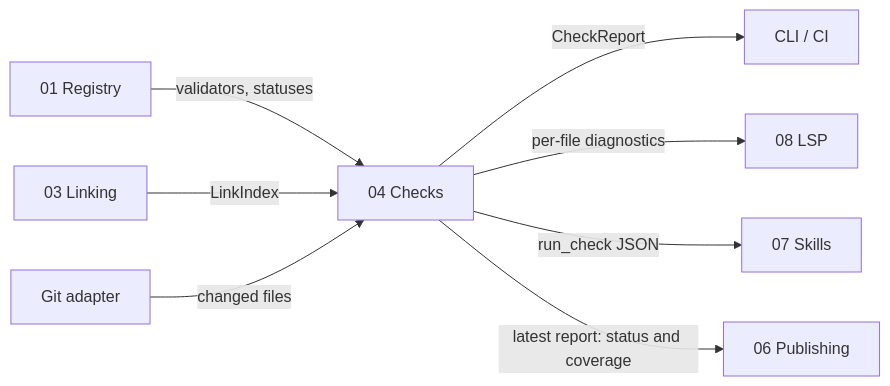
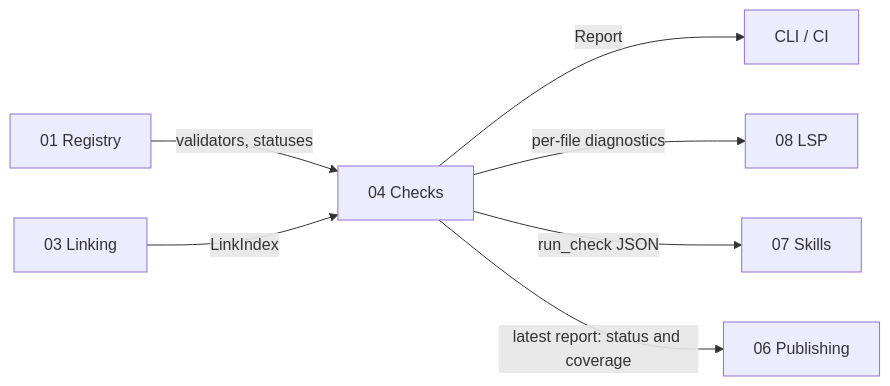
The fifth of 5 diagrams in docs/architecture/04-checks.md (E-Jacques/Rulelink), drawn with Mermaid before and after one commit. The commit also changed other lines of this file and 42 other files, not shown here.

First line of the commit message:
feat(cli): add rulelink check, reporting broken links between Rules and code (#62)

````diff
--- a/docs/architecture/04-checks.md
+++ b/docs/architecture/04-checks.md
@@ -337,11 +297,10 @@
 ```mermaid
 flowchart LR
     CHK["04 Checks"]
     REG["01 Registry"] -->|"validators, statuses"| CHK
     LNK["03 Linking"] -->|"LinkIndex"| CHK
-    GIT["Git adapter"] -->|"changed files"| CHK
-    CHK -->|"CheckReport"| CLI["CLI / CI"]
+    CHK -->|"Report"| CLI["CLI / CI"]
     CHK -->|"per-file diagnostics"| LSP["08 LSP"]
     CHK -->|"run_check JSON"| AG["07 Skills"]
     CHK -->|"latest report: status and coverage"| PUB["06 Publishing"]
 ```
````
